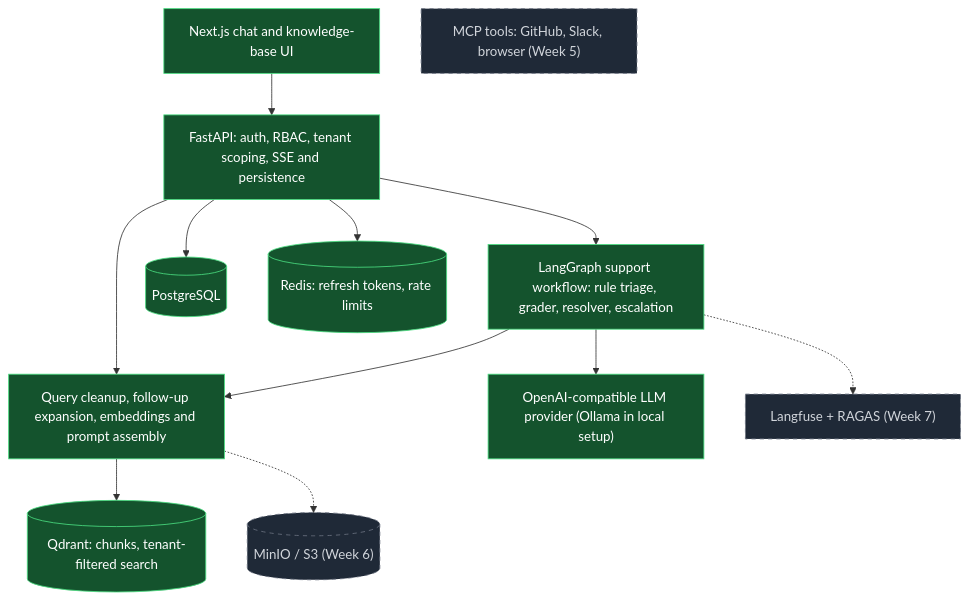
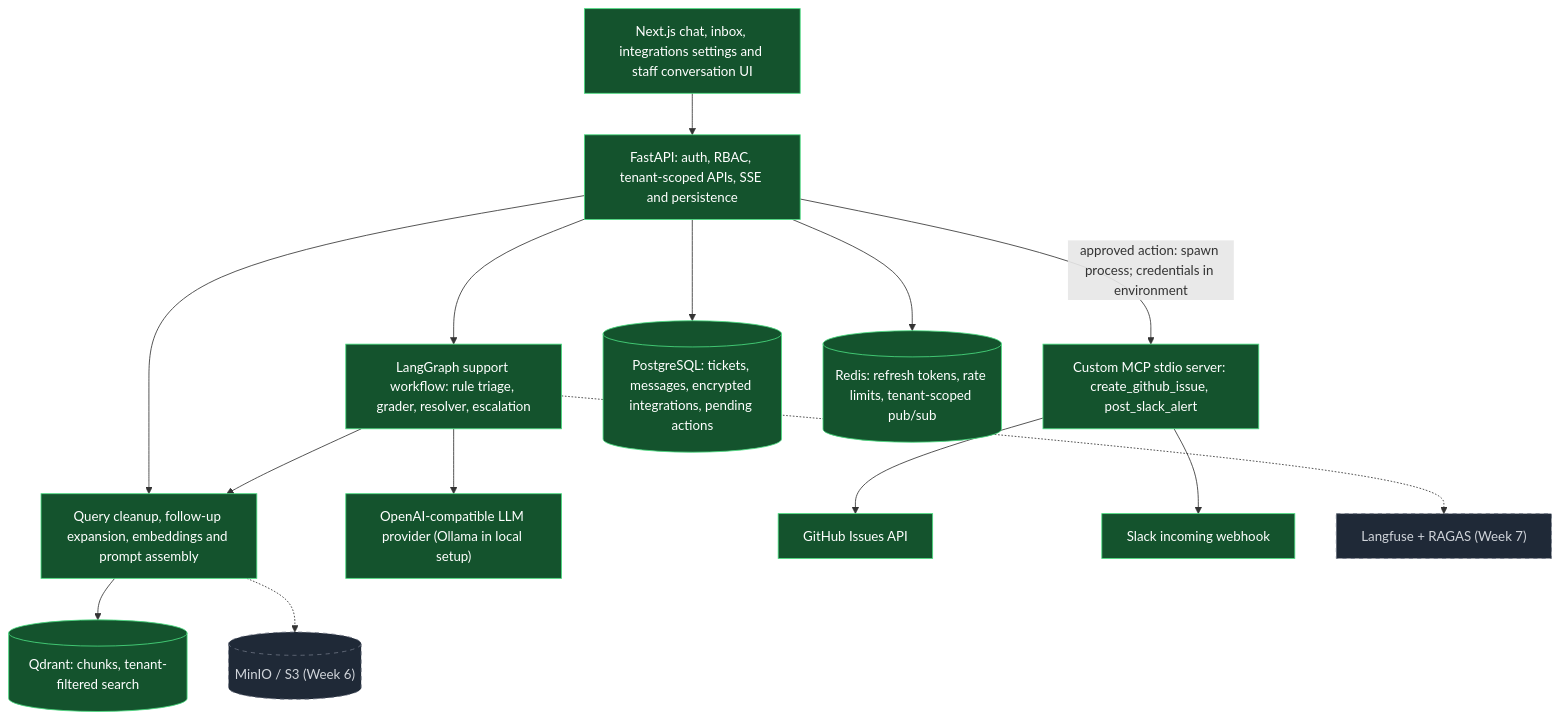
Before and after one commit to BanothuNithin/SupportPilot: the first of 7 diagrams in docs/ARCHITECTURE.md, drawn with Mermaid. The commit also changed other lines of this file and 45 other files, not shown here.

Commit message:
feat(week5): encrypted integrations, MCP GitHub and Slack tools, approval-gated actions, human takeover with live updates

````diff
--- a/docs/ARCHITECTURE.md
+++ b/docs/ARCHITECTURE.md
@@ -5,28 +5,33 @@
 ```mermaid
 flowchart TD
-    UI["Next.js chat and knowledge-base UI"]:::done
-    API["FastAPI: auth, RBAC, tenant scoping, SSE and persistence"]:::done
+    UI["Next.js chat, inbox, integrations settings and staff conversation UI"]:::done
+    API["FastAPI: auth, RBAC, tenant-scoped APIs, SSE and persistence"]:::done
     AG["LangGraph support workflow: rule triage, grader, resolver, escalation"]:::done
     RAG["Query cleanup, follow-up expansion, embeddings and prompt assembly"]:::done
     QD[("Qdrant: chunks, tenant-filtered search")]:::done
     LLM["OpenAI-compatible LLM provider (Ollama in local setup)"]:::done
-    MCP["MCP tools: GitHub, Slack, browser (Week 5)"]:::planned
-    PG[("PostgreSQL")]:::done
-    RD[("Redis: refresh tokens, rate limits")]:::done
+    MCP["Custom MCP stdio server: create_github_issue, post_slack_alert"]:::done
+    GH["GitHub Issues API"]:::done
+    SL["Slack incoming webhook"]:::done
+    PG[("PostgreSQL: tickets, messages, encrypted integrations, pending actions")]:::done
+    RD[("Redis: refresh tokens, rate limits, tenant-scoped pub/sub")]:::done
     S3[("MinIO / S3 (Week 6)")]:::planned
     OBS["Langfuse + RAGAS (Week 7)"]:::planned
 
     UI --> API
     API --> AG
     API --> RAG
     AG --> RAG
     RAG --> QD
     AG --> LLM
     API --> PG
     API --> RD
+    API -->|"approved action: spawn process; credentials in environment"| MCP
+    MCP --> GH
+    MCP --> SL
     RAG -.-> S3
     AG -.-> OBS
 
     classDef done fill:#14532d,stroke:#4ade80,color:#ffffff;
     classDef planned fill:#1f2937,stroke:#6b7280,color:#d1d5db,stroke-dasharray: 5 5;
 ```
````
